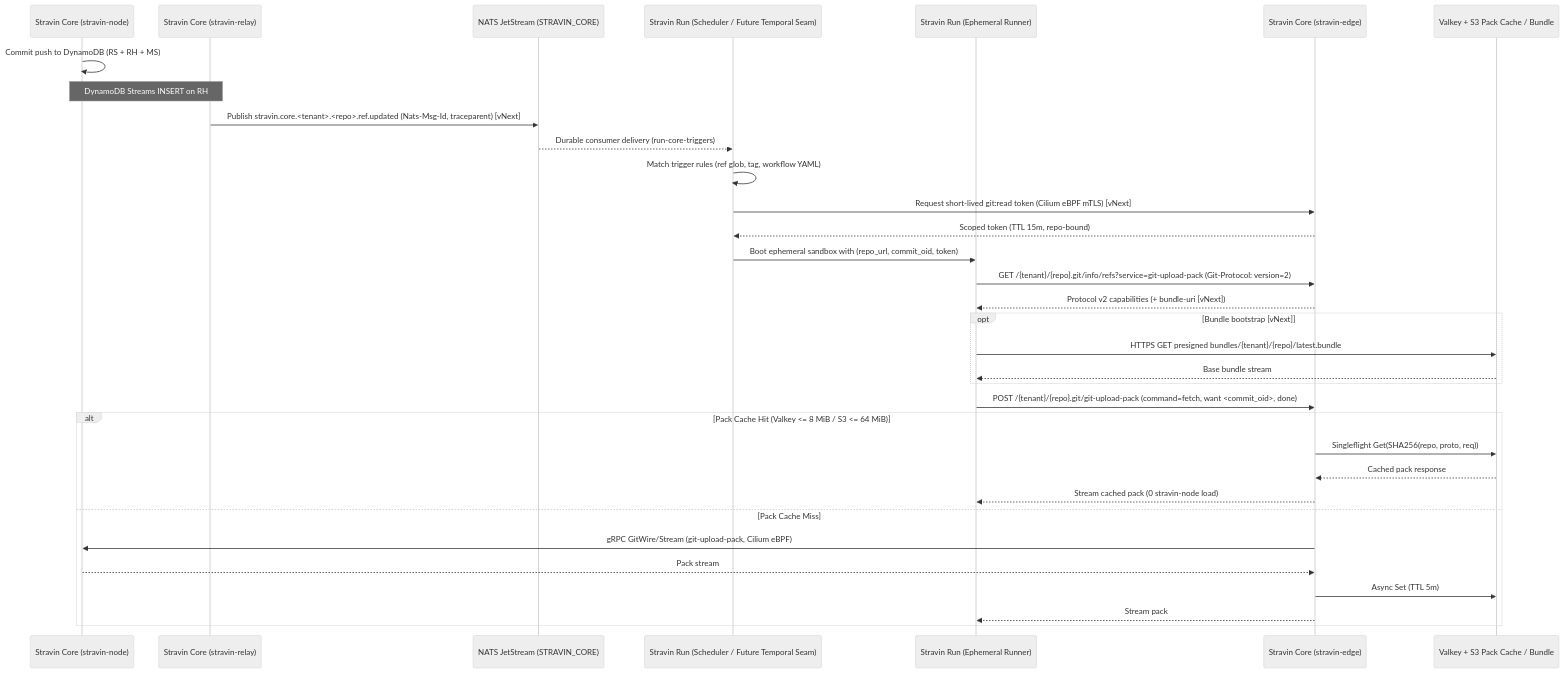
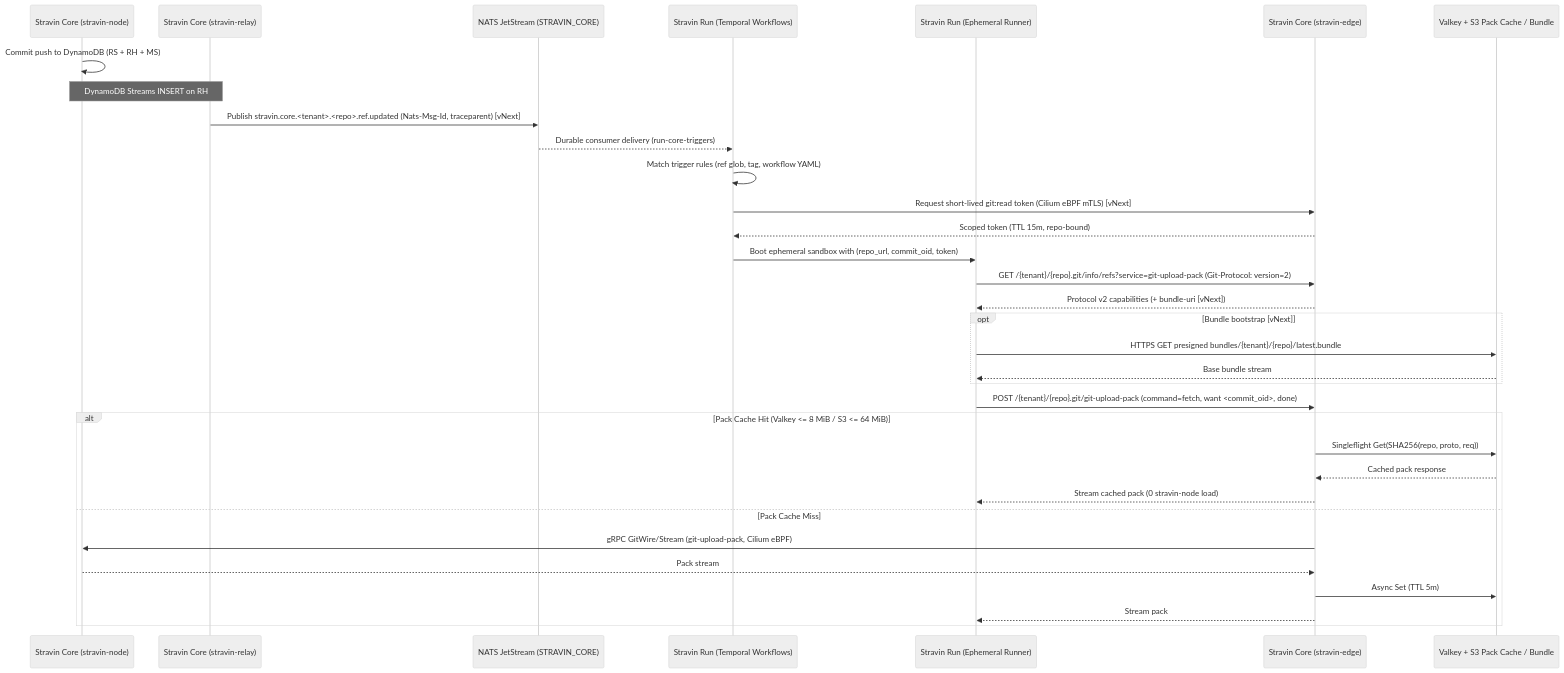
The diagram in docs/interfaces/core-run.md (stravin-dev/architecture), drawn with Mermaid (neutral theme) before and after one commit. The commit also changed other lines of this file and 9 other files, not shown here.

````diff
--- a/docs/interfaces/core-run.md
+++ b/docs/interfaces/core-run.md
@@ -16,37 +16,37 @@
 ```mermaid
 sequenceDiagram
     participant Node as Stravin Core (stravin-node)
     participant Relay as Stravin Core (stravin-relay)
     participant NATS as NATS JetStream (STRAVIN_CORE)
-    participant Run as Stravin Run (Scheduler / Future Temporal Seam)
+    participant Run as Stravin Run (Temporal Workflows)
     participant Runner as Stravin Run (Ephemeral Runner)
     participant Edge as Stravin Core (stravin-edge)
     participant Cache as Valkey + S3 Pack Cache / Bundle
 
     Node->>Node: Commit push to DynamoDB (RS + RH + MS)
     Note over Node,Relay: DynamoDB Streams INSERT on RH#s
     Relay->>NATS: Publish stravin.core.<tenant>.<repo>.ref.updated (Nats-Msg-Id, traceparent) [vNext]
     NATS-->>Run: Durable consumer delivery (run-core-triggers)
     Run->>Run: Match trigger rules (ref glob, tag, workflow YAML)
     Run->>Edge: Request short-lived git:read token (Cilium eBPF mTLS) [vNext]
     Edge-->>Run: Scoped token (TTL 15m, repo-bound)
     Run->>Runner: Boot ephemeral sandbox with (repo_url, commit_oid, token)
 
     Runner->>Edge: GET /{tenant}/{repo}.git/info/refs?service=git-upload-pack (Git-Protocol: version=2)
     Edge-->>Runner: Protocol v2 capabilities (+ bundle-uri [vNext])
     opt Bundle bootstrap [vNext]
         Runner->>Cache: HTTPS GET presigned bundles/{tenant}/{repo}/latest.bundle
         Cache-->>Runner: Base bundle stream
     end
     Runner->>Edge: POST /{tenant}/{repo}.git/git-upload-pack (command=fetch, want <commit_oid>, done)
     alt Pack Cache Hit (Valkey <= 8 MiB / S3 <= 64 MiB)
         Edge->>Cache: Singleflight Get(SHA256(repo, proto, req))
         Cache-->>Edge: Cached pack response
         Edge-->>Runner: Stream cached pack (0 stravin-node load)
     else Pack Cache Miss
         Edge->>Node: gRPC GitWire/Stream (git-upload-pack, Cilium eBPF)
         Node-->>Edge: Pack stream
         Edge->>Cache: Async Set (TTL 5m)
         Edge-->>Runner: Stream pack
     end
 ```
````
